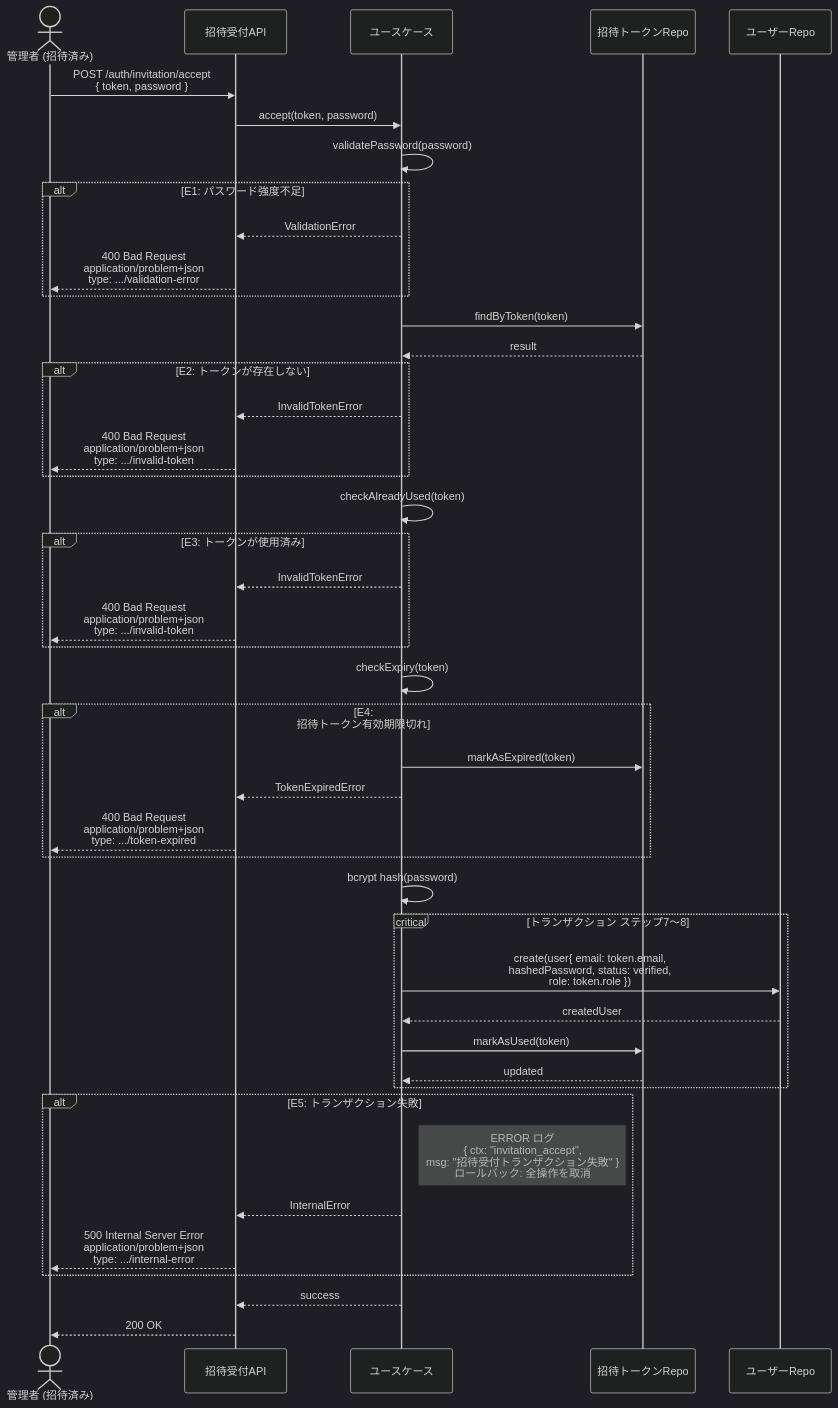
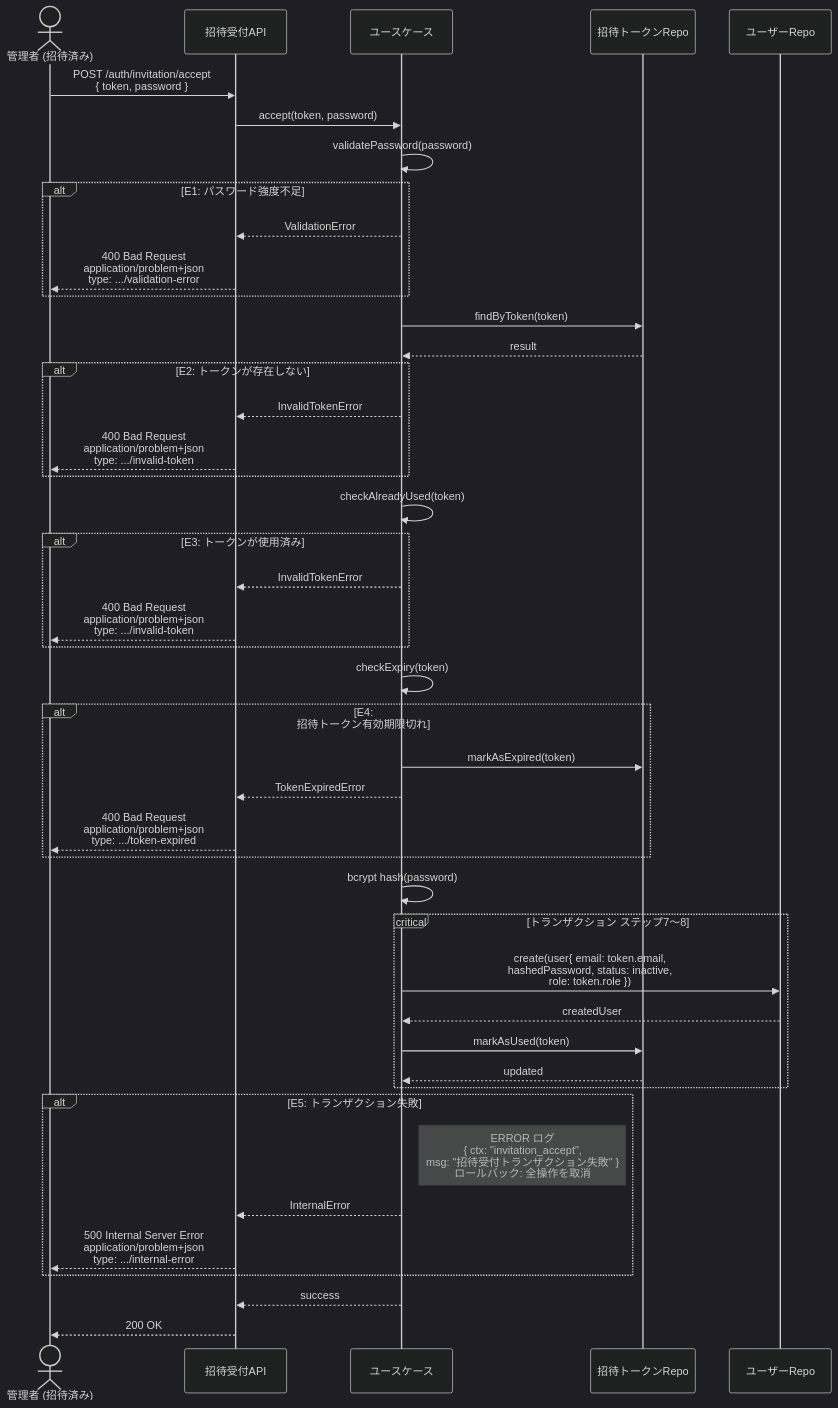
One commit to suunet/POC_HYDRA_AUTH changed the second of 2 diagrams in .docs/design/buc/BUC-A02.md. Above: the diagram before and after it, drawn with Mermaid (dark theme). The commit also changed other lines of this file and 2 other files, not shown here.

Commit message:
docs(T-011): cycle 2 - BUC群のstatus値をSTM-01英語IDへ是正（6行）

````diff
--- a/.docs/design/buc/BUC-A02.md
+++ b/.docs/design/buc/BUC-A02.md
@@ -117,46 +117,46 @@
 ```mermaid
 sequenceDiagram
   actor Admin as 管理者 (招待済み)
   participant InviteAcceptAPI as 招待受付API
   participant UseCase as ユースケース
   participant InviteRepo as 招待トークンRepo
   participant UserRepo as ユーザーRepo
   Admin->>InviteAcceptAPI: POST /auth/invitation/accept<br/>{ token, password }
   InviteAcceptAPI->>UseCase: accept(token, password)
   UseCase->>UseCase: validatePassword(password)
   alt E1: パスワード強度不足
   UseCase-->>InviteAcceptAPI: ValidationError
   InviteAcceptAPI-->>Admin: 400 Bad Request<br/>application/problem+json<br/>type: .../validation-error
   end
   UseCase->>InviteRepo: findByToken(token)
   InviteRepo-->>UseCase: result
   alt E2: トークンが存在しない
   UseCase-->>InviteAcceptAPI: InvalidTokenError
   InviteAcceptAPI-->>Admin: 400 Bad Request<br/>application/problem+json<br/>type: .../invalid-token
   end
   UseCase->>UseCase: checkAlreadyUsed(token)
   alt E3: トークンが使用済み
   UseCase-->>InviteAcceptAPI: InvalidTokenError
   InviteAcceptAPI-->>Admin: 400 Bad Request<br/>application/problem+json<br/>type: .../invalid-token
   end
   UseCase->>UseCase: checkExpiry(token)
   alt E4: 招待トークン有効期限切れ
   UseCase->>InviteRepo: markAsExpired(token)
   UseCase-->>InviteAcceptAPI: TokenExpiredError
   InviteAcceptAPI-->>Admin: 400 Bad Request<br/>application/problem+json<br/>type: .../token-expired
   end
   UseCase->>UseCase: bcrypt hash(password)
   critical トランザクション ステップ7〜8
-  UseCase->>UserRepo: create(user{ email: token.email,<br/>hashedPassword, status: verified,<br/>role: token.role })
+  UseCase->>UserRepo: create(user{ email: token.email,<br/>hashedPassword, status: inactive,<br/>role: token.role })
   UserRepo-->>UseCase: createdUser
   UseCase->>InviteRepo: markAsUsed(token)
   InviteRepo-->>UseCase: updated
   end
   alt E5: トランザクション失敗
   Note right of UseCase: ERROR ログ<br/>{ ctx: "invitation_accept",<br/>msg: "招待受付トランザクション失敗" }<br/>ロールバック: 全操作を取消
   UseCase-->>InviteAcceptAPI: InternalError
   InviteAcceptAPI-->>Admin: 500 Internal Server Error<br/>application/problem+json<br/>type: .../internal-error
   end
   UseCase-->>InviteAcceptAPI: success
   InviteAcceptAPI-->>Admin: 200 OK
 ```
````
